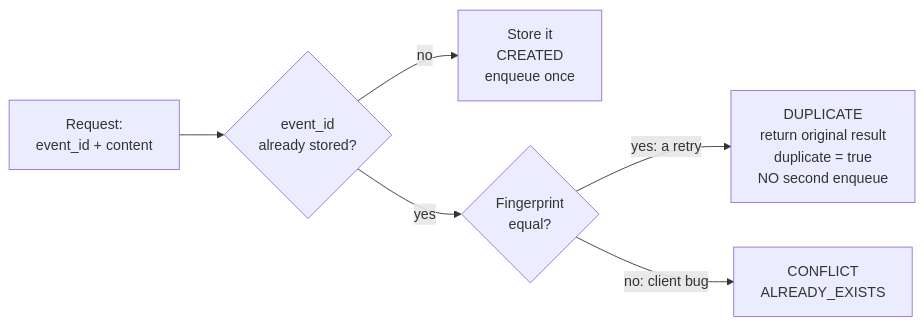
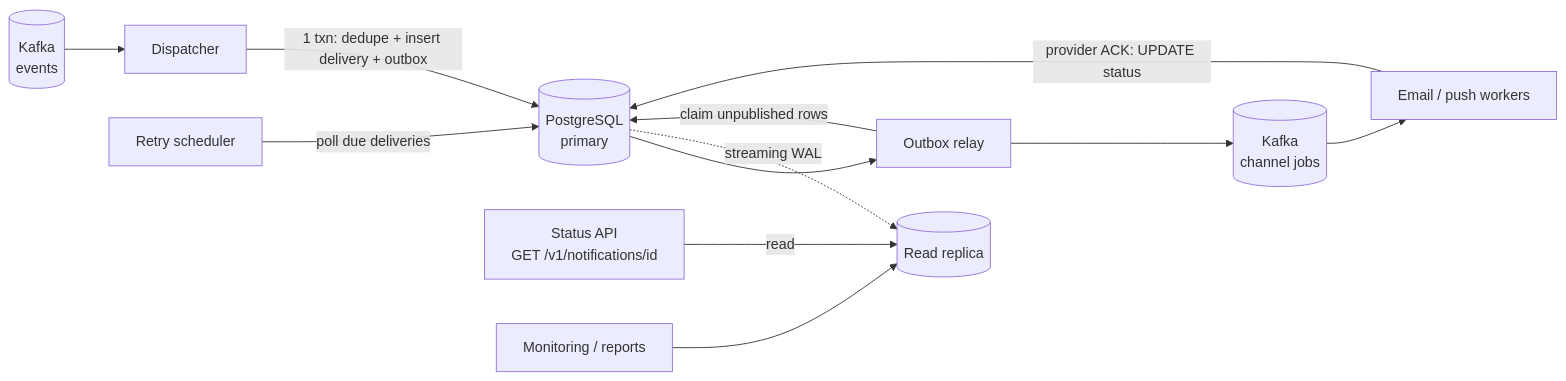
Before and after one commit to AibarSh/Highload_Tasks: the first of 4 diagrams in README.md, drawn with Mermaid. The commit also changed other lines of this file and 152 other files, not shown here.

````diff
--- a/README.md
+++ b/README.md
@@ -168,8 +15,14 @@
 ```mermaid
 flowchart LR
-    REQ["Request:<br/>event_id + content"] --> LOOK{"event_id<br/>already stored?"}
-    LOOK -- "no" --> NEW["Store it<br/>CREATED<br/>enqueue once"]
-    LOOK -- "yes" --> CMP{"Fingerprint<br/>equal?"}
-    CMP -- "yes: a retry" --> DUP["DUPLICATE<br/>return original result<br/>duplicate = true<br/>NO second enqueue"]
-    CMP -- "no: client bug" --> CON["CONFLICT<br/>ALREADY_EXISTS"]
+    K1[("Kafka<br/>events")] --> D["Dispatcher"]
+    D -- "1 txn: dedupe + insert delivery + outbox" --> DB[("PostgreSQL<br/>primary")]
+    DB --> R["Outbox relay"]
+    R -- "claim unpublished rows" --> DB
+    R --> K2[("Kafka<br/>channel jobs")]
+    K2 --> W["Email / push workers"]
+    W -- "provider ACK: UPDATE status" --> DB
+    RT["Retry scheduler"] -- "poll due deliveries" --> DB
+    API["Status API<br/>GET /v1/notifications/id"] -- "read" --> RP[("Read replica")]
+    DB -. "streaming WAL" .-> RP
+    MON["Monitoring / reports"] --> RP
 ```
````
